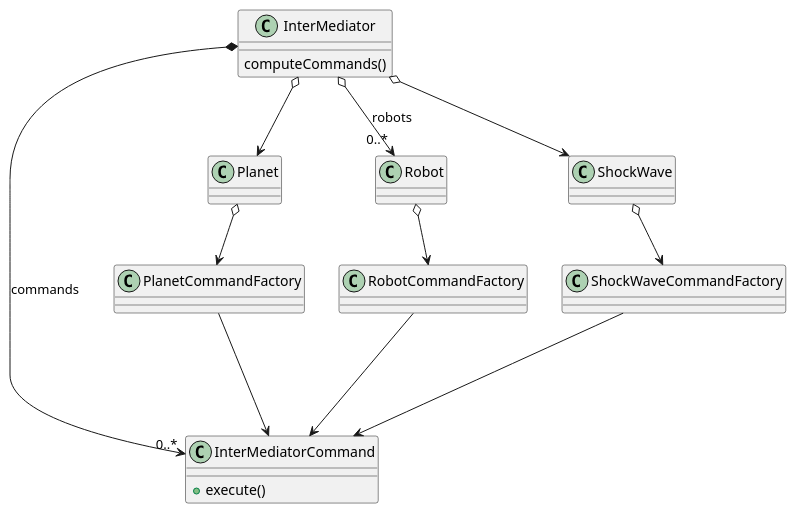
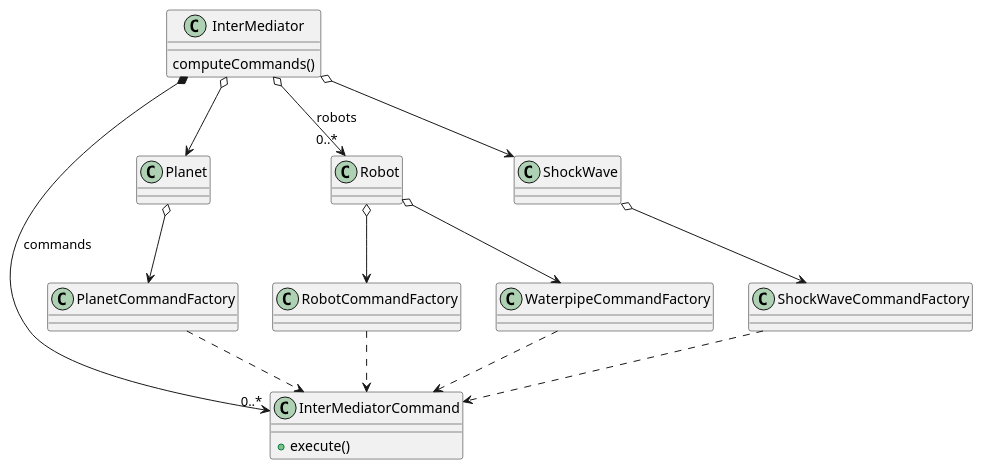
The diagram in uml/class diagram/model/commands/Intermediator-command-relation-to-model.puml (LEBOCQTitouan/ia-ensicaen-colonisation), drawn with PlantUML before and after one commit. The commit also changed 4 other files, not shown here.

```diff
--- a/uml/class diagram/model/commands/Intermediator-command-relation-to-model.puml
+++ b/uml/class diagram/model/commands/Intermediator-command-relation-to-model.puml
@@ -1,33 +1,36 @@
 @startuml
 'https://plantuml.com/class-diagram
 
 class InterMediator {
     computeCommands()
 }
 class InterMediatorCommand {
     +execute()
 }
 
 InterMediator o--> Planet
 InterMediator o--> "0..*" Robot : robots
 InterMediator o--> ShockWave
 
 InterMediator *-> "0..*" InterMediatorCommand : commands
 
-RobotCommandFactory ---> InterMediatorCommand
-ShockWaveCommandFactory ---> InterMediatorCommand
-PlanetCommandFactory ---> InterMediatorCommand
+RobotCommandFactory ..> InterMediatorCommand
+ShockWaveCommandFactory ..> InterMediatorCommand
+PlanetCommandFactory ..> InterMediatorCommand
+WaterpipeCommandFactory ..> InterMediatorCommand
 
 class RobotCommandFactory {}
+class WaterpipeCommandFactory {}
 class ShockWaveCommandFactory {}
 class PlanetCommandFactory {}
 
 class Planet {}
 class Robot {}
 class ShockWave {}
 
 Planet o--> PlanetCommandFactory
 Robot o--> RobotCommandFactory
+Robot o--> WaterpipeCommandFactory
 ShockWave o--> ShockWaveCommandFactory
 
 @enduml
```
